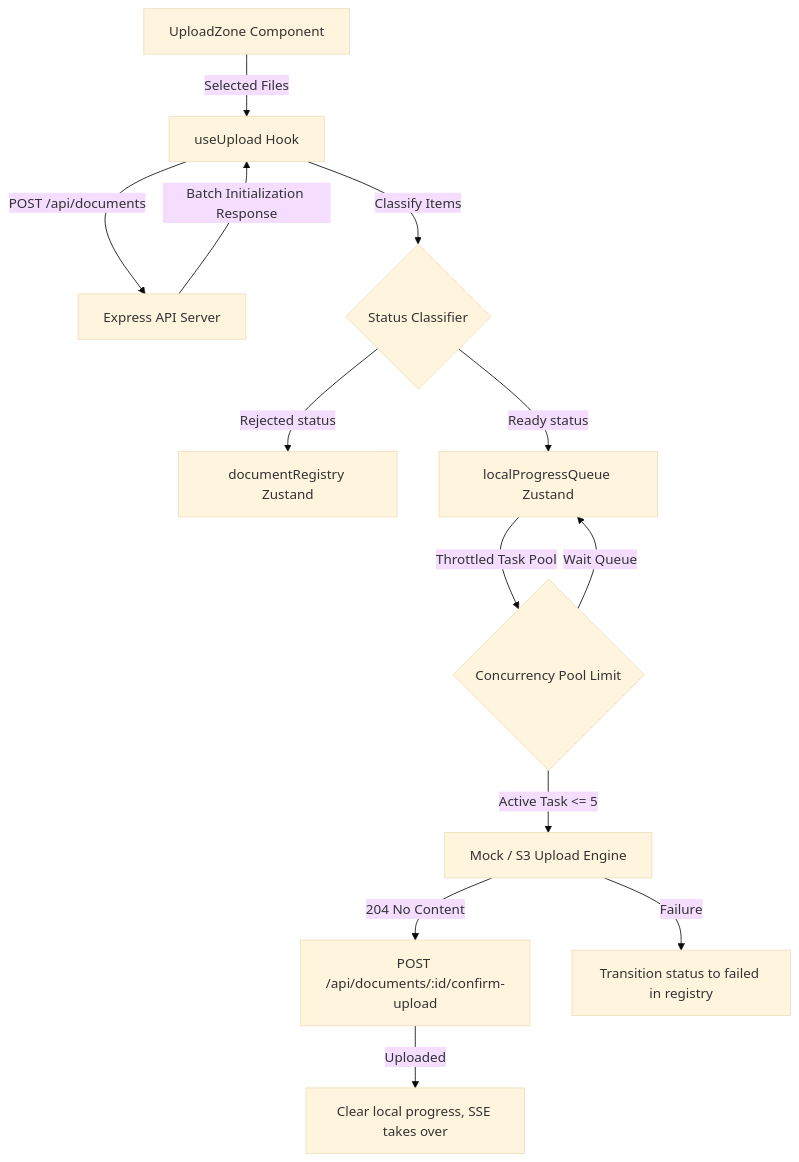
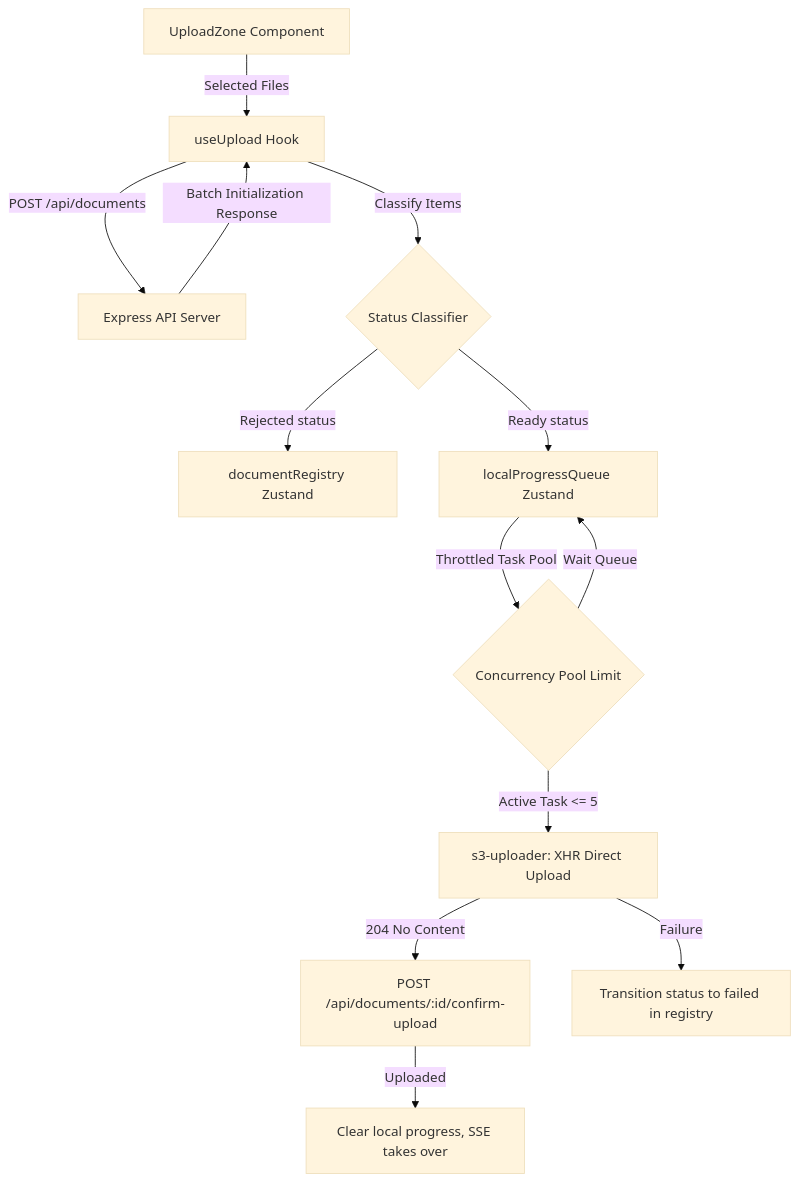
Before and after one commit to parth9218/Document-Intelligence-Platform: the diagram in docs/context/batch-upload-spec.md, drawn with Mermaid (base theme). The commit also changed other lines of this file and 5 other files, not shown here.

Commit message:
feat: implement S3 direct POST upload engine with progress tracking and confirm-upload integration

````diff
--- a/docs/context/batch-upload-spec.md
+++ b/docs/context/batch-upload-spec.md
@@ -11,22 +11,22 @@
 ```mermaid
 graph TD
     %% Define Nodes
     Zone[UploadZone Component] -->|Selected Files| Hook[useUpload Hook]
     Hook -->|POST /api/documents| API[Express API Server]
     
     %% API Response & Classification
     API -->|Batch Initialization Response| Hook
     Hook -->|Classify Items| Classify{Status Classifier}
     
     Classify -->|Rejected status| Reg[documentRegistry Zustand]
     Classify -->|Ready status| Queue[localProgressQueue Zustand]
     
     %% Parallel Executions
     Queue -->|Throttled Task Pool| Pool{Concurrency Pool Limit}
-    Pool -->|Active Task <= 5| Upload[Mock / S3 Upload Engine]
+    Pool -->|Active Task <= 5| Upload[s3-uploader: XHR Direct Upload]
     Pool -->|Wait Queue| Queue
     
     Upload -->|204 No Content| Confirm[POST /api/documents/:id/confirm-upload]
     Confirm -->|Uploaded| Done[Clear local progress, SSE takes over]
     Upload -->|Failure| Fail[Transition status to failed in registry]
 ```
````
